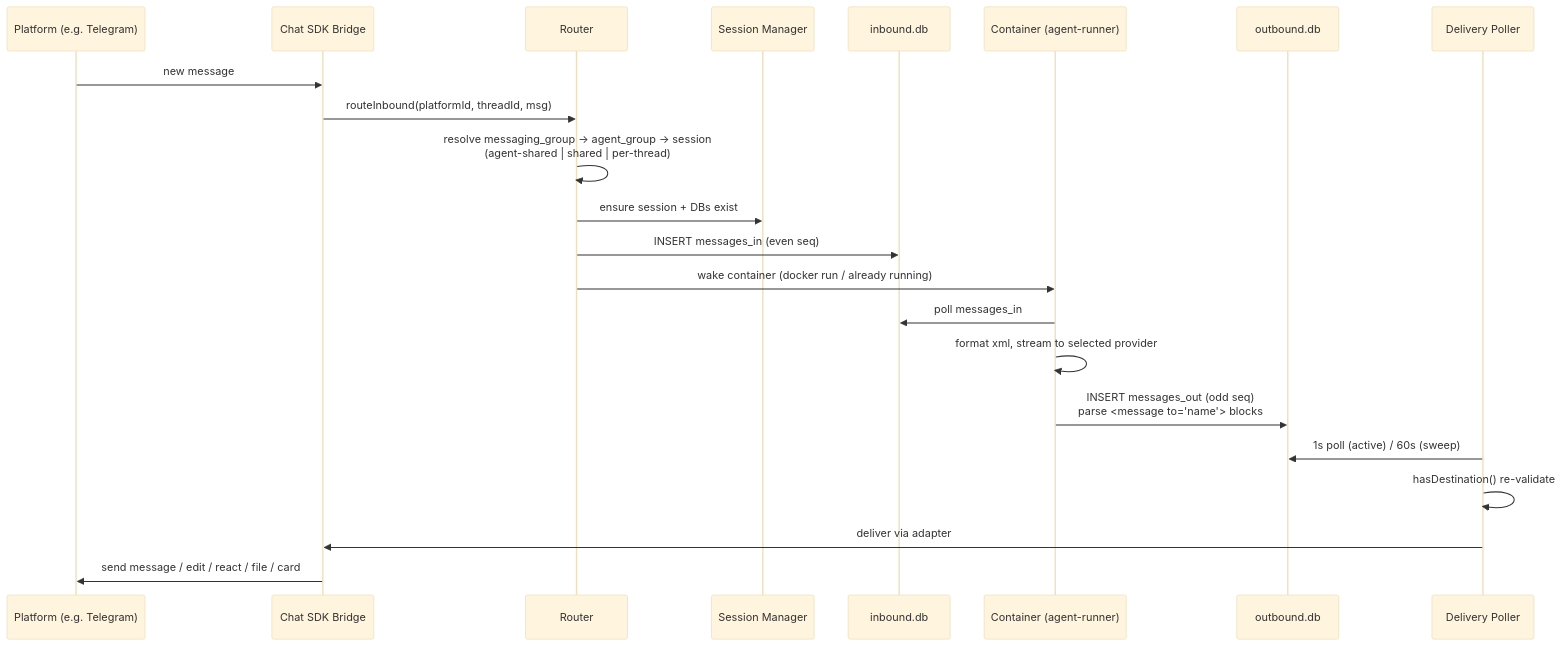
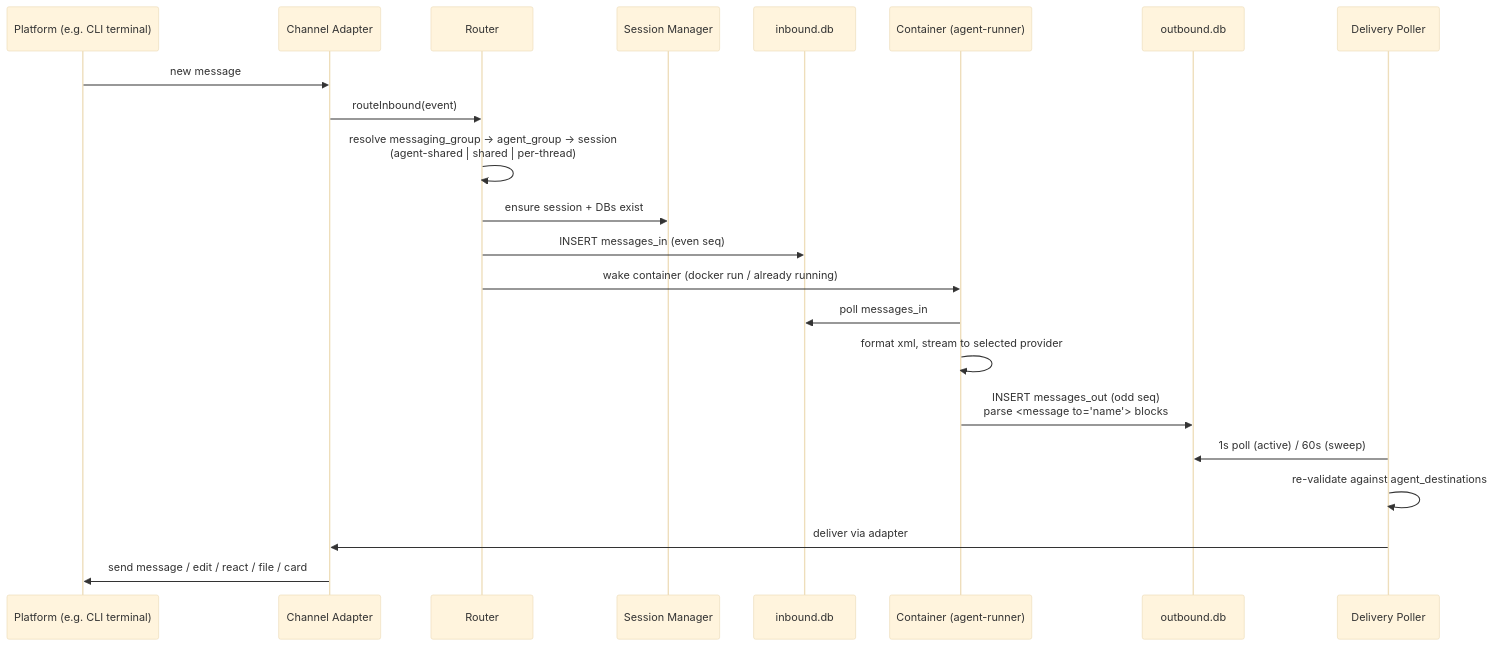
The second of 5 diagrams in docs/architecture-diagram.md (vlad-semenchuk/nanomika), drawn with Mermaid (base theme) before and after one commit. The commit also changed other lines of this file and 14 other files, not shown here.

Commit message:
docs: bring the architecture and database docs in line with the code; rewrite the security model; drop obsolete specs

````diff
--- a/docs/architecture-diagram.md
+++ b/docs/architecture-diagram.md
@@ -73,25 +70,25 @@
 ```mermaid
 sequenceDiagram
-  participant P as Platform (e.g. Telegram)
-  participant B as Chat SDK Bridge
+  participant P as Platform (e.g. CLI terminal)
+  participant B as Channel Adapter
   participant R as Router
   participant SM as Session Manager
   participant IDB as inbound.db
   participant C as Container (agent-runner)
   participant ODB as outbound.db
   participant D as Delivery Poller
 
   P->>B: new message
-  B->>R: routeInbound(platformId, threadId, msg)
+  B->>R: routeInbound(event)
   R->>R: resolve messaging_group -> agent_group -> session<br/>(agent-shared | shared | per-thread)
   R->>SM: ensure session + DBs exist
   R->>IDB: INSERT messages_in (even seq)
   R->>C: wake container (docker run / already running)
   C->>IDB: poll messages_in
   C->>C: format xml, stream to selected provider
   C->>ODB: INSERT messages_out (odd seq)<br/>parse <message to="name"> blocks
   D->>ODB: 1s poll (active) / 60s (sweep)
-  D->>D: hasDestination() re-validate
+  D->>D: re-validate against agent_destinations
   D->>B: deliver via adapter
   B->>P: send message / edit / react / file / card
 ```
````
